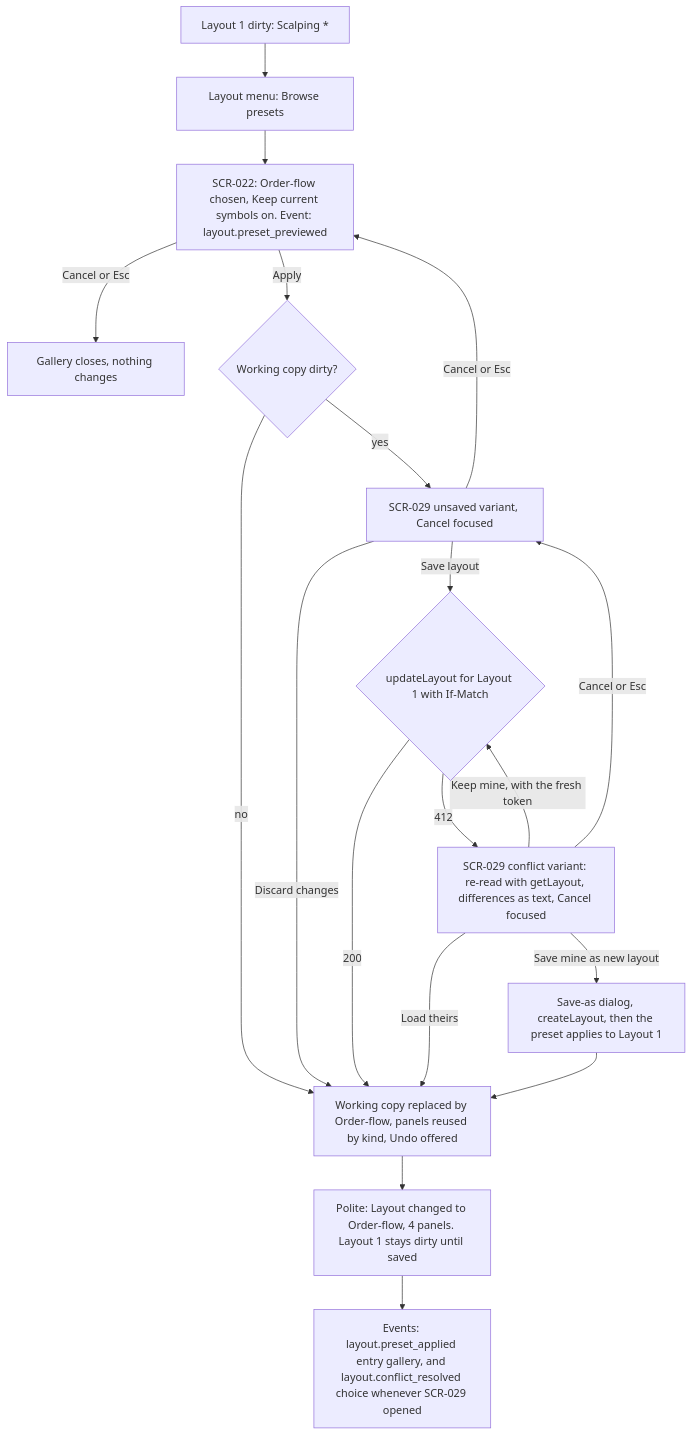
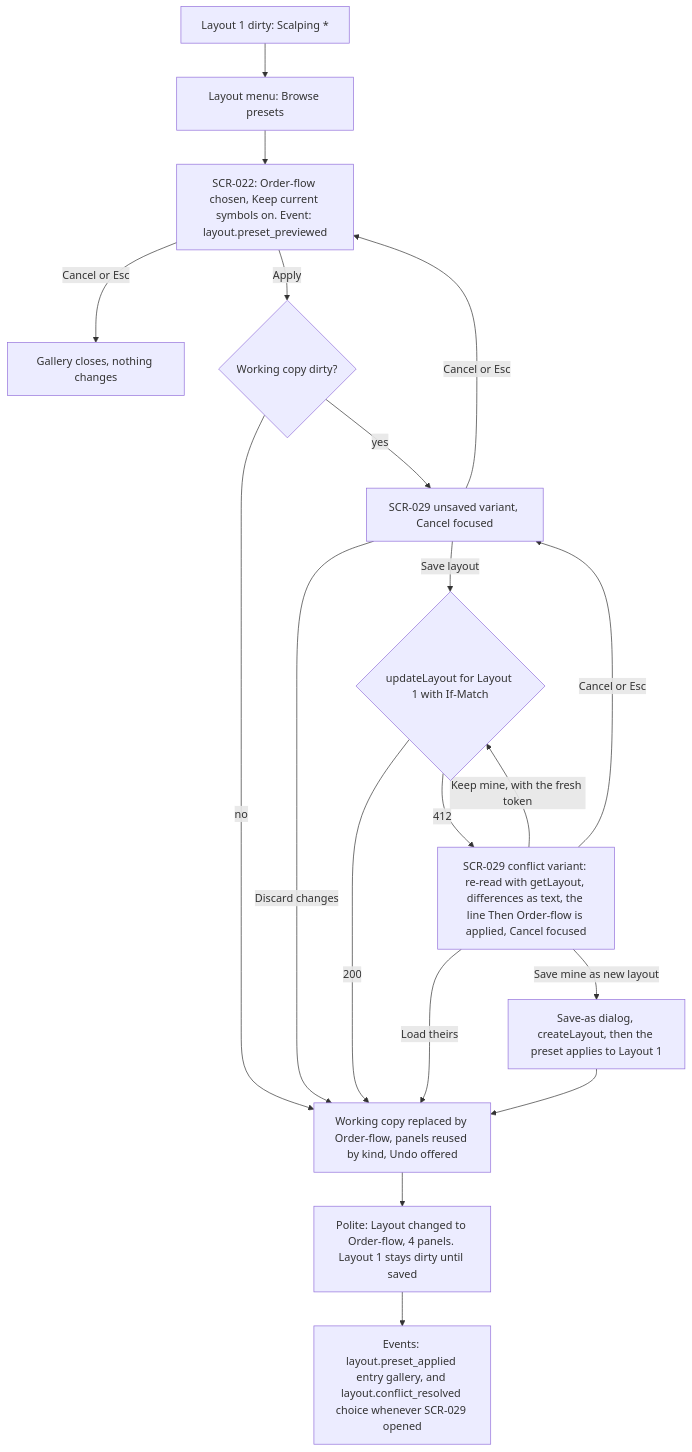
The third of 6 diagrams in docs/design/specs/e15-layout-flows.md (CandleViewer/CandleViewer), drawn with Mermaid before and after one commit. The commit also changed other lines of this file and 5 other files, not shown here.

````diff
--- a/docs/design/specs/e15-layout-flows.md
+++ b/docs/design/specs/e15-layout-flows.md
@@ -53,21 +53,21 @@
 ```mermaid
 flowchart TD
   A3["Layout 1 dirty: Scalping *"] --> B3["Layout menu: Browse presets"]
   B3 --> C3["SCR-022: Order-flow chosen, Keep current symbols on. Event: layout.preset_previewed"]
   C3 -->|Cancel or Esc| Z3["Gallery closes, nothing changes"]
   C3 -->|Apply| D3{"Working copy dirty?"}
   D3 -->|no| H3["Working copy replaced by Order-flow, panels reused by kind, Undo offered"]
   D3 -->|yes| E3["SCR-029 unsaved variant, Cancel focused"]
   E3 -->|Cancel or Esc| C3
   E3 -->|Discard changes| H3
   E3 -->|Save layout| F3{"updateLayout for Layout 1 with If-Match"}
   F3 -->|200| H3
-  F3 -->|412| G3["SCR-029 conflict variant: re-read with getLayout, differences as text, Cancel focused"]
+  F3 -->|412| G3["SCR-029 conflict variant: re-read with getLayout, differences as text, the line Then Order-flow is applied, Cancel focused"]
   G3 -->|Keep mine, with the fresh token| F3
   G3 -->|Load theirs| H3
   G3 -->|Save mine as new layout| S3["Save-as dialog, createLayout, then the preset applies to Layout 1"]
   G3 -->|Cancel or Esc| E3
   S3 --> H3
   H3 --> I3["Polite: Layout changed to Order-flow, 4 panels. Layout 1 stays dirty until saved"]
   I3 --> J3["Events: layout.preset_applied entry gallery, and layout.conflict_resolved choice whenever SCR-029 opened"]
 ```
````
